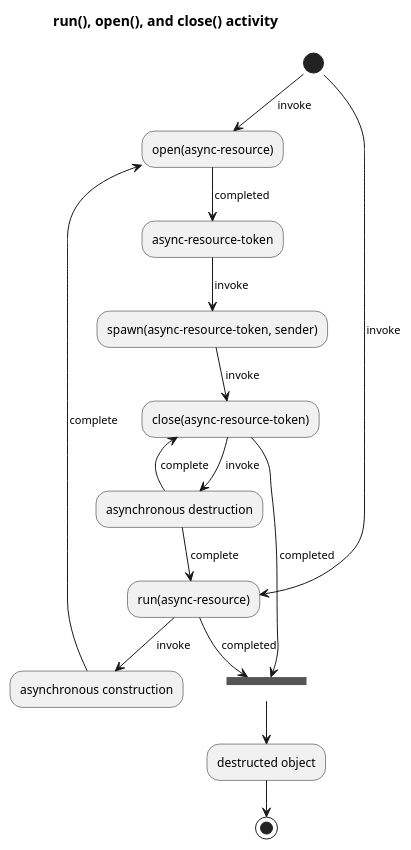
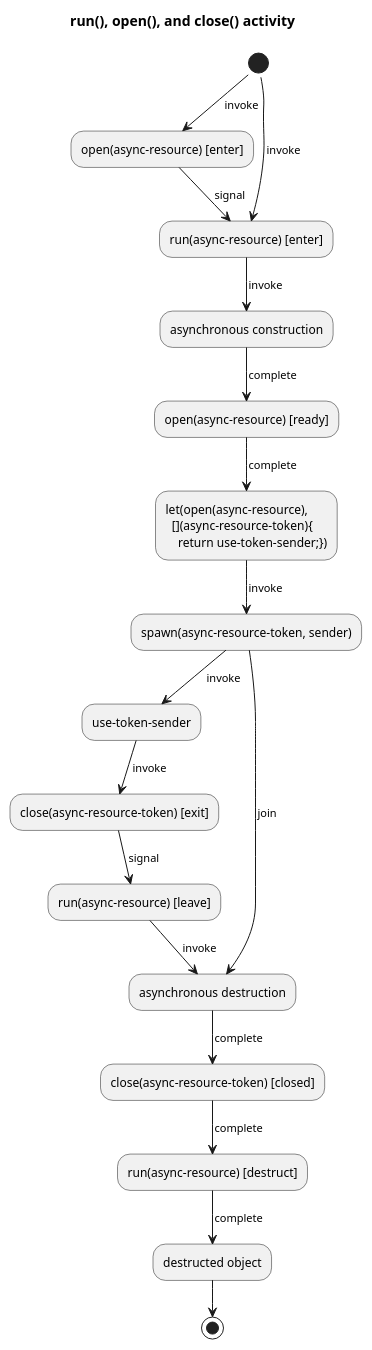
The first of 6 diagrams in async-resource.md (kirkshoop/async_scope), drawn with PlantUML before and after one commit. The commit also changed other lines of this file, not shown here.

Commit message:
activity diagram improvements and Implementation Experience section

````diff
--- a/async-resource.md
+++ b/async-resource.md
@@ -252,29 +252,32 @@
 ```plantuml
 !pragma layout smetana
 title run(), open(), and close() activity
 
-(*) -->[invoke] "open(async-resource)"
+(*) -->[invoke] "open(async-resource) [enter]"
+-->[signal] "run(async-resource) [enter]"
 
-(*) -->[invoke] "run(async-resource)"
+(*) -->[invoke] "run(async-resource) [enter]"
 -->[invoke] "asynchronous construction"
--->[complete] "open(async-resource)" 
 
-
--->[completed] "async-resource-token" 
-
+-->[complete] "open(async-resource) [ready]"
+-->[complete] "let(open(async-resource), \n  [](async-resource-token){\n    return use-token-sender;})" 
 
 -->[invoke] "spawn(async-resource-token, sender)"
 
--->[invoke] "close(async-resource-token)"
--->[invoke] "asynchronous destruction"
--->[complete] "close(async-resource-token)" 
+-->[invoke] "use-token-sender" 
 
-"asynchronous destruction" -->[complete] "run(async-resource)" 
--->[completed] ===DESTRUCTED===
+-->[invoke] "close(async-resource-token) [exit]"
 
- "close(async-resource-token)" -->[completed] ===DESTRUCTED===
---> "destructed object"
+-->[signal] "run(async-resource) [leave]"
 
+-->[invoke] "asynchronous destruction" 
+"spawn(async-resource-token, sender)" -->[join] "asynchronous destruction"
+
+-->[complete] "close(async-resource-token) [closed]" 
+
+-->[complete] "run(async-resource) [destruct]"
+
+-->[complete] "destructed object"
 
 -->(*)
 ```
````
